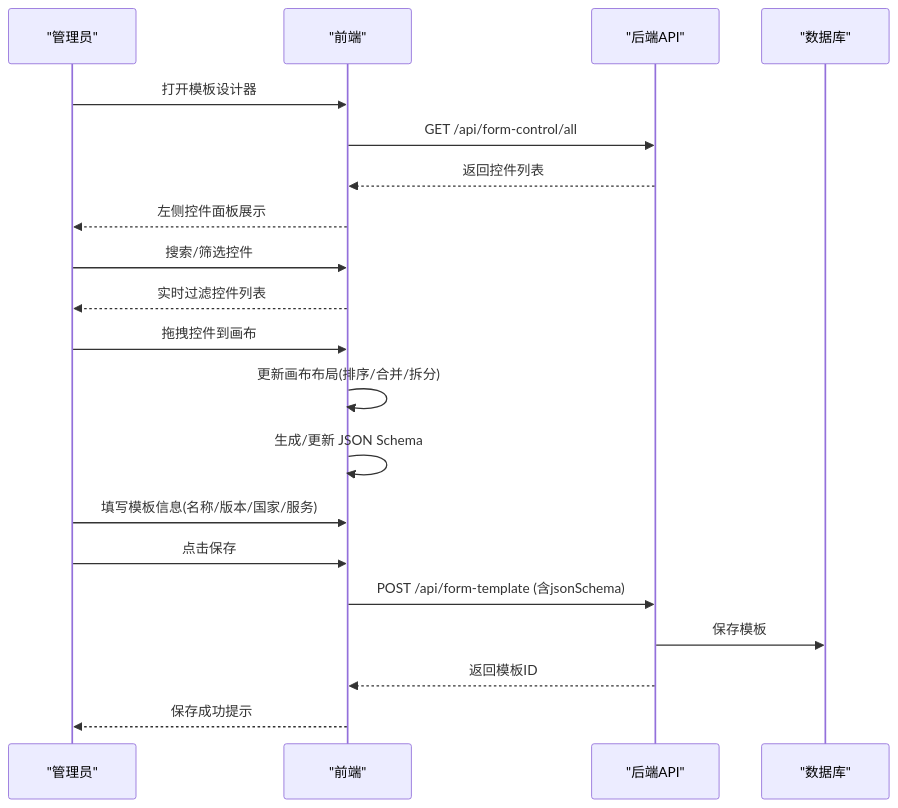
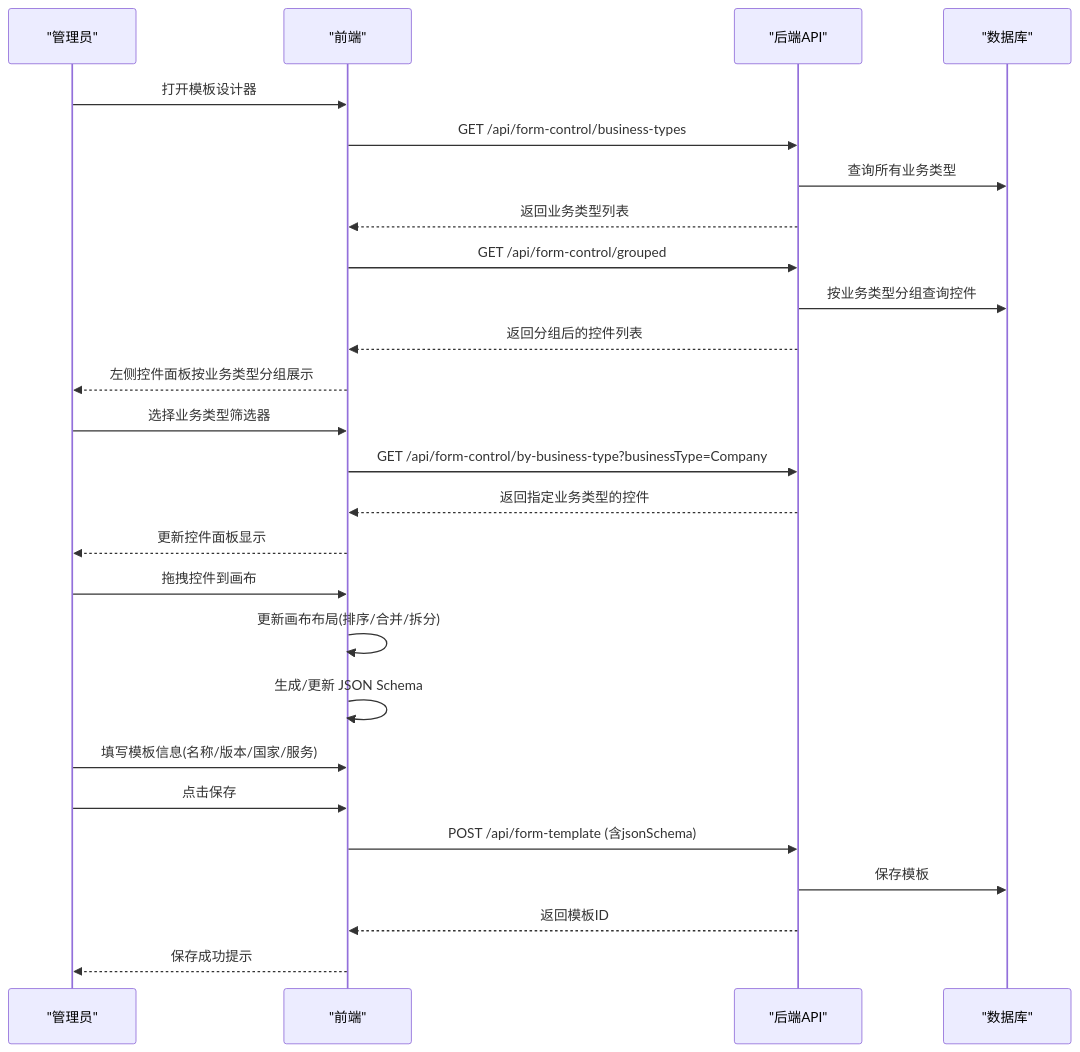
The second of 11 diagrams in .qoder/repowiki/zh/content/前端架构设计/拖拽式表单设计器.md (NJMrLi/genetics), drawn with Mermaid before and after one commit. The commit also changed other lines of this file and 19 other files, not shown here.

````diff
--- a/.qoder/repowiki/zh/content/前端架构设计/拖拽式表单设计器.md
+++ b/.qoder/repowiki/zh/content/前端架构设计/拖拽式表单设计器.md
@@ -110,22 +114,28 @@
 ```mermaid
 sequenceDiagram
 participant Admin as "管理员"
 participant FE as "前端"
 participant API as "后端API"
 participant DB as "数据库"
 Admin->>FE : 打开模板设计器
-FE->>API : GET /api/form-control/all
-API-->>FE : 返回控件列表
-FE-->>Admin : 左侧控件面板展示
-Admin->>FE : 搜索/筛选控件
-FE-->>Admin : 实时过滤控件列表
+FE->>API : GET /api/form-control/business-types
+API->>DB : 查询所有业务类型
+API-->>FE : 返回业务类型列表
+FE->>API : GET /api/form-control/grouped
+API->>DB : 按业务类型分组查询控件
+API-->>FE : 返回分组后的控件列表
+FE-->>Admin : 左侧控件面板按业务类型分组展示
+Admin->>FE : 选择业务类型筛选器
+FE->>API : GET /api/form-control/by-business-type?businessType=Company
+API-->>FE : 返回指定业务类型的控件
+FE-->>Admin : 更新控件面板显示
 Admin->>FE : 拖拽控件到画布
 FE->>FE : 更新画布布局(排序/合并/拆分)
 FE->>FE : 生成/更新 JSON Schema
 Admin->>FE : 填写模板信息(名称/版本/国家/服务)
 Admin->>FE : 点击保存
 FE->>API : POST /api/form-template (含jsonSchema)
 API->>DB : 保存模板
 API-->>FE : 返回模板ID
 FE-->>Admin : 保存成功提示
 ```
````
